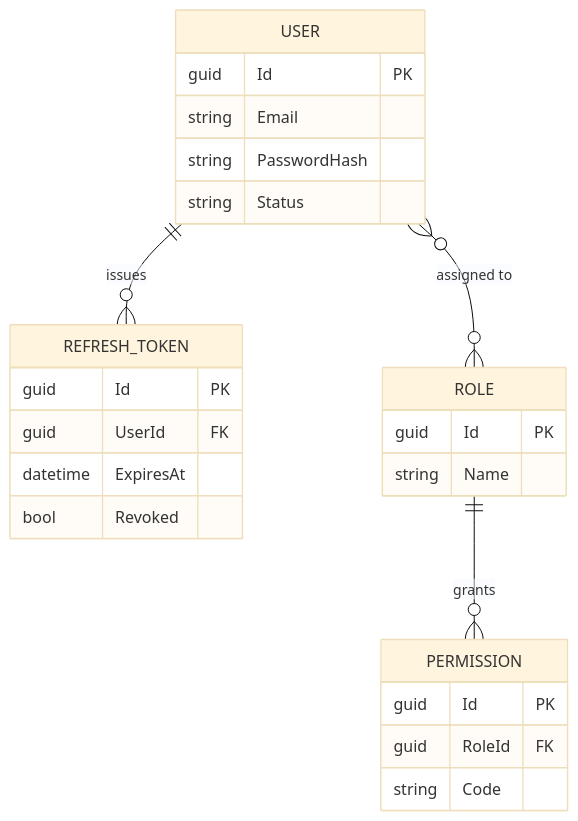
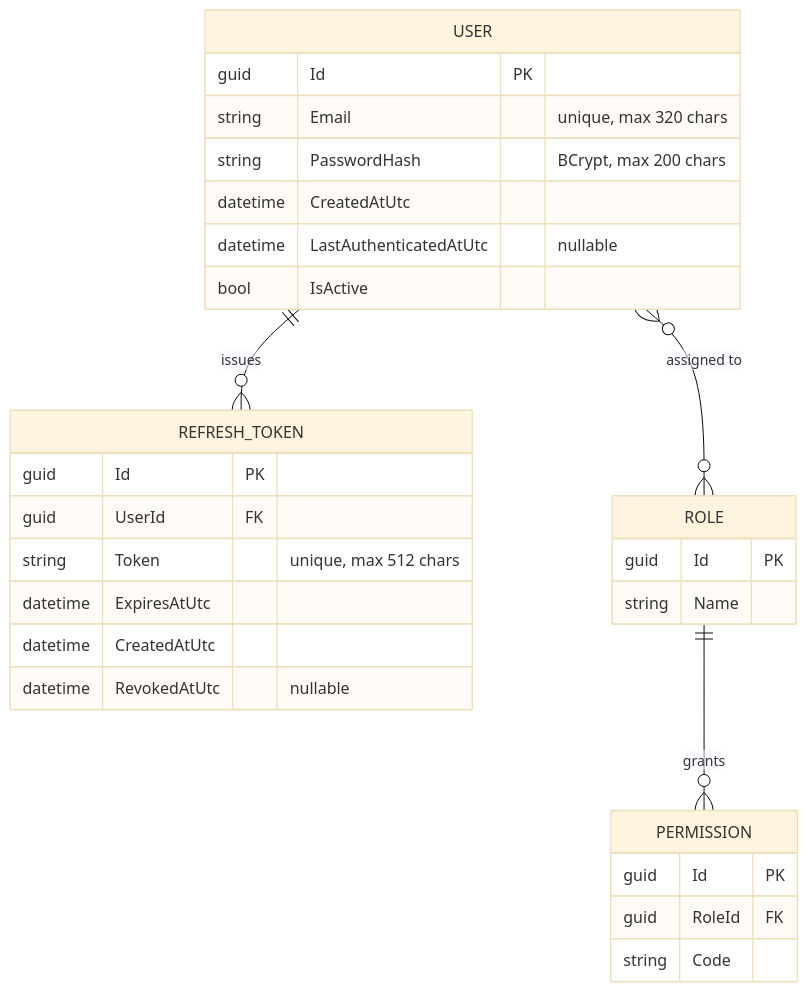
The first of 2 diagrams in docs/database/Entity-Relationship-Diagram.md (Helderito/ERP-Intelligence-Platform), drawn with Mermaid (base theme) before and after one commit. The commit also changed other lines of this file and 2 other files, not shown here.

Commit message:
docs: sync architecture docs with Sprint 02 implementation (#7)
Domain-Model.md, Entity-Relationship-Diagram.md and C4-Diagrams.md
previously showed Identity's User/RefreshToken (implemented) and
Role/Permission (still planned) as if all were already built.
Label each Aggregate/entity with its actual status and target Sprint,
mirror the Master Data Aggregates the same way, complete the
RefreshToken.Token annotation to match the real EF Core configuration
(unique, max 512 chars), and note in Domain-Model.md that Domain
depends on ERP.SharedKernel (Entity/ValueObject/IDomainEvent) rather
than reimplementing those building blocks, per the Sprint 02 review
fix. No architectural principle changes - documentation accuracy only.

````diff
--- a/docs/database/Entity-Relationship-Diagram.md
+++ b/docs/database/Entity-Relationship-Diagram.md
@@ -29,28 +29,32 @@
 ```mermaid
 erDiagram
     USER ||--o{ REFRESH_TOKEN : issues
     USER }o--o{ ROLE : "assigned to"
     ROLE ||--o{ PERMISSION : grants
 
     USER {
         guid Id PK
-        string Email
-        string PasswordHash
-        string Status
+        string Email "unique, max 320 chars"
+        string PasswordHash "BCrypt, max 200 chars"
+        datetime CreatedAtUtc
+        datetime LastAuthenticatedAtUtc "nullable"
+        bool IsActive
     }
     REFRESH_TOKEN {
         guid Id PK
         guid UserId FK
-        datetime ExpiresAt
-        bool Revoked
+        string Token "unique, max 512 chars"
+        datetime ExpiresAtUtc
+        datetime CreatedAtUtc
+        datetime RevokedAtUtc "nullable"
     }
     ROLE {
         guid Id PK
         string Name
     }
     PERMISSION {
         guid Id PK
         guid RoleId FK
         string Code
     }
 ```
````
